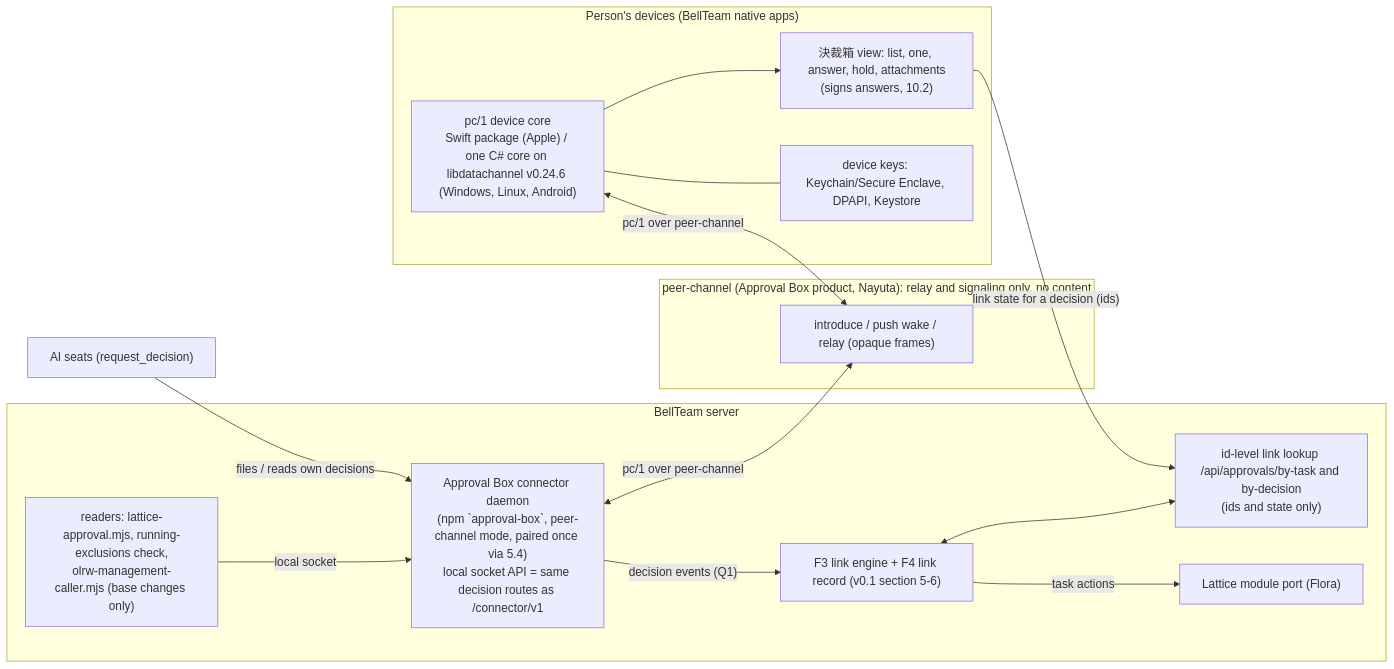
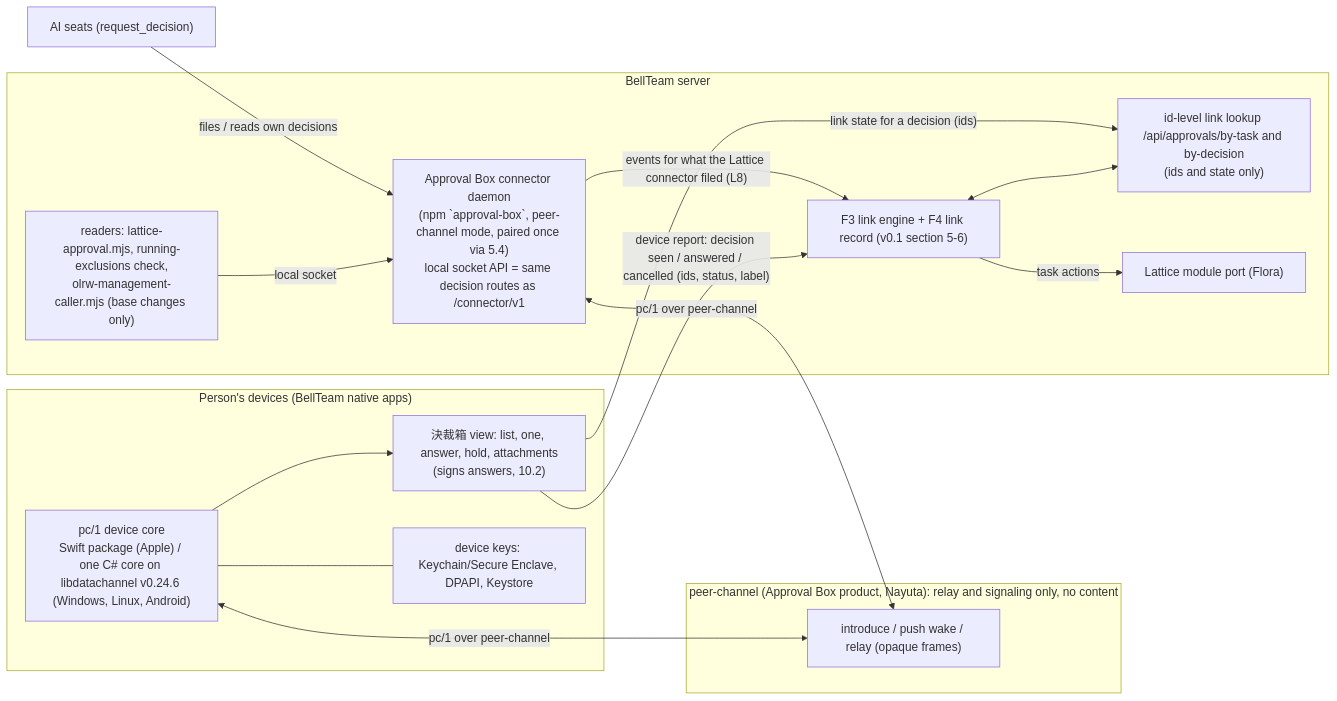
One commit to kitepon/BellTeam changed the first of 2 diagrams in docs/architecture/modules/approval-box-extension/peer-channel-v0.2.md. Above: the diagram before and after it, drawn with Mermaid. The commit also changed other lines of this file, not shown here.

````diff
--- a/docs/architecture/modules/approval-box-extension/peer-channel-v0.2.md
+++ b/docs/architecture/modules/approval-box-extension/peer-channel-v0.2.md
@@ -31,29 +31,30 @@
 ```mermaid
 flowchart LR
   subgraph PEER["peer-channel (Approval Box product, Nayuta): relay and signaling only, no content"]
     REL["introduce / push wake / relay (opaque frames)"]
   end
   subgraph DEV["Person's devices (BellTeam native apps)"]
     DC["pc/1 device core<br/>Swift package (Apple) / one C# core on libdatachannel v0.24.6 (Windows, Linux, Android)"]
     V["決裁箱 view: list, one, answer, hold, attachments<br/>(signs answers, 10.2)"]
     K["device keys: Keychain/Secure Enclave, DPAPI, Keystore"]
     DC --- K
     DC --> V
   end
   subgraph SRV["BellTeam server"]
     DM["Approval Box connector daemon<br/>(npm `approval-box`, peer-channel mode, paired once via 5.4)<br/>local socket API = same decision routes as /connector/v1"]
     RD["readers: lattice-approval.mjs, running-exclusions check,<br/>olrw-management-caller.mjs (base changes only)"]
     LE["F3 link engine + F4 link record (v0.1 section 5-6)"]
     LK["id-level link lookup /api/approvals/by-task and by-decision<br/>(ids and state only)"]
     LP["Lattice module port (Flora)"]
   end
   AI["AI seats (request_decision)"]
   AI -->|"files / reads own decisions"| DM
   RD -->|"local socket"| DM
   DM <-->|"pc/1 over peer-channel"| REL
   DC <-->|"pc/1 over peer-channel"| REL
   V -->|"link state for a decision (ids)"| LK
   LE <--> LK
   LE -->|"task actions"| LP
-  DM -->|"decision events (Q1)"| LE
+  DM -->|"events for what the Lattice connector filed (L8)"| LE
+  V -->|"device report: decision seen / answered / cancelled (ids, status, label)"| LE
 ```
````
